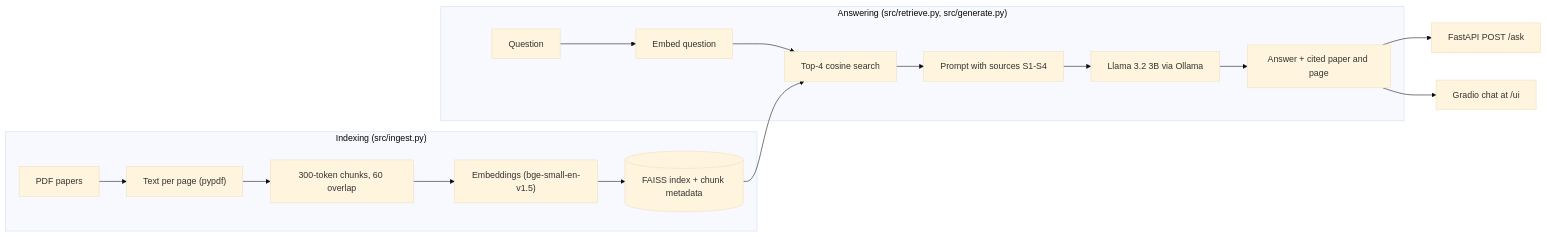
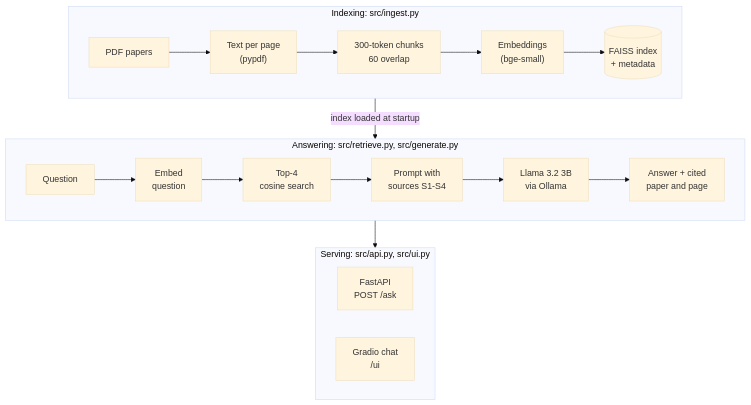
Before and after one commit to FayazAbrar20/paper-rag: the diagram in README.md, drawn with Mermaid (base theme).

Commit message:
Make README architecture diagram readable with stacked rows

````diff
--- a/README.md
+++ b/README.md
@@ -16,19 +16,18 @@
 ```mermaid
-flowchart LR
-    subgraph Indexing["Indexing (src/ingest.py)"]
-        A[PDF papers] --> B["Text per page (pypdf)"]
-        B --> C["300-token chunks, 60 overlap"]
-        C --> D["Embeddings (bge-small-en-v1.5)"]
-        D --> E[(FAISS index + chunk metadata)]
+flowchart TB
+    subgraph Indexing["Indexing: src/ingest.py"]
+        direction LR
+        A[PDF papers] --> B["Text per page<br/>(pypdf)"] --> C["300-token chunks<br/>60 overlap"] --> D["Embeddings<br/>(bge-small)"] --> E[("FAISS index<br/>+ metadata")]
     end
-    subgraph Answering["Answering (src/retrieve.py, src/generate.py)"]
-        Q[Question] --> F["Embed question"]
-        F --> G["Top-4 cosine search"]
-        E --> G
-        G --> H["Prompt with sources S1-S4"]
-        H --> I["Llama 3.2 3B via Ollama"]
-        I --> J["Answer + cited paper and page"]
+    subgraph Answering["Answering: src/retrieve.py, src/generate.py"]
+        direction LR
+        Q[Question] --> F["Embed<br/>question"] --> G["Top-4<br/>cosine search"] --> H["Prompt with<br/>sources S1-S4"] --> I["Llama 3.2 3B<br/>via Ollama"] --> J["Answer + cited<br/>paper and page"]
     end
-    J --> K["FastAPI POST /ask"]
-    J --> L["Gradio chat at /ui"]
+    subgraph Serving["Serving: src/api.py, src/ui.py"]
+        direction LR
+        K["FastAPI<br/>POST /ask"]
+        L["Gradio chat<br/>/ui"]
+    end
+    Indexing -- "index loaded at startup" --> Answering
+    Answering --> Serving
 ```
````
